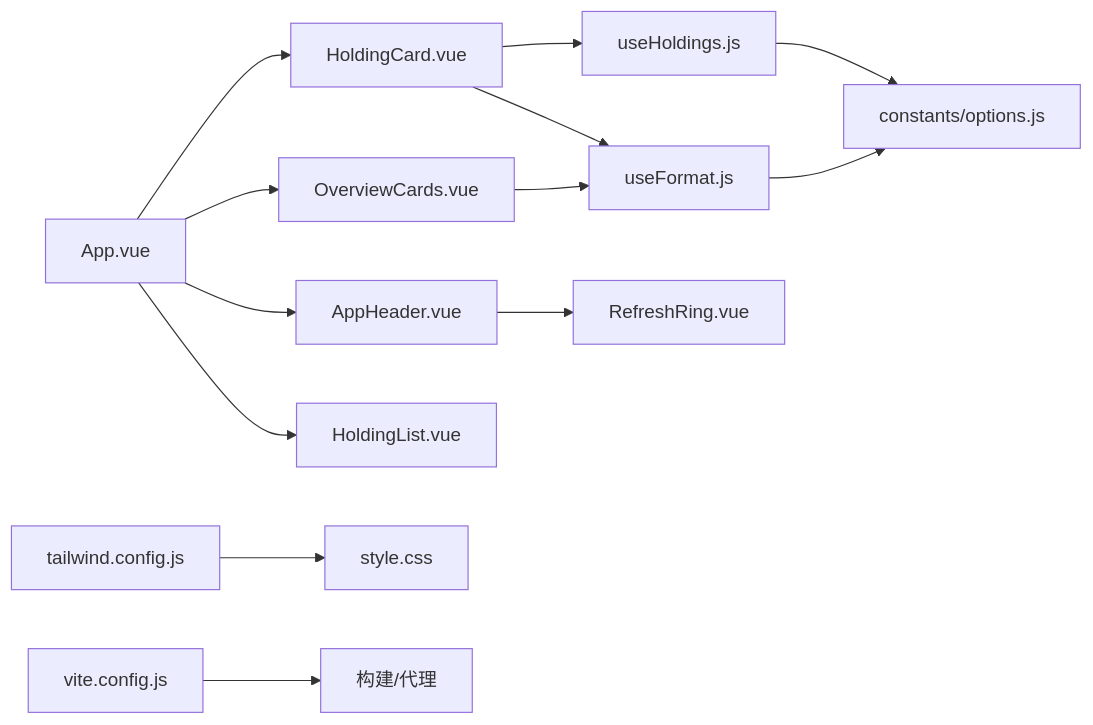
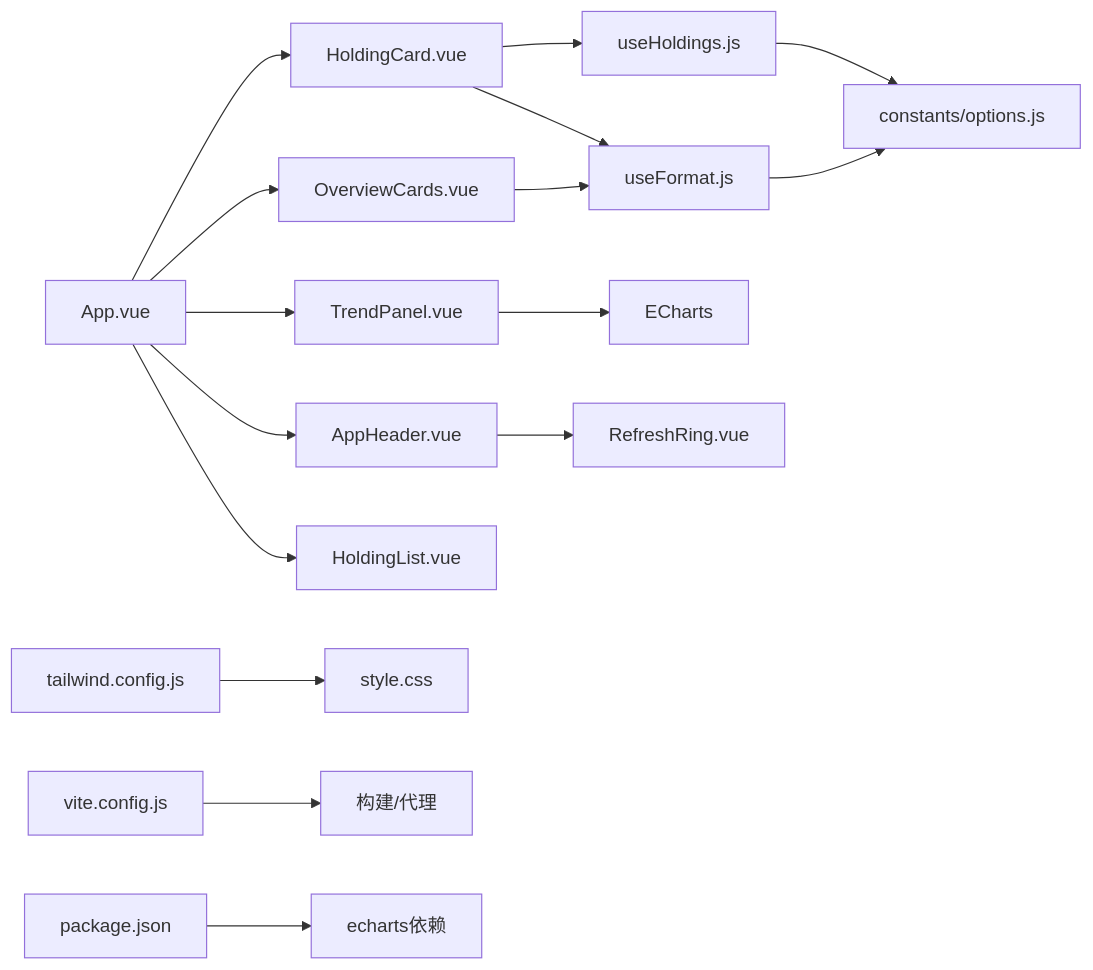
Before and after one commit to salenju/stock-advisor: the sixth of 6 diagrams in .qoder/repowiki/zh/content/前端架构/前端架构.md, drawn with Mermaid. The commit also changed other lines of this file and 45 other files, not shown here.

````diff
--- a/.qoder/repowiki/zh/content/前端架构/前端架构.md
+++ b/.qoder/repowiki/zh/content/前端架构/前端架构.md
@@ -245,15 +300,18 @@
 ```mermaid
 graph LR
 App["App.vue"] --> HC["HoldingCard.vue"]
 App --> OC["OverviewCards.vue"]
+App --> TP["TrendPanel.vue"]
 App --> AH["AppHeader.vue"]
 App --> HL["HoldingList.vue"]
 HC --> UF["useFormat.js"]
 HC --> UH["useHoldings.js"]
 OC --> UF
+TP --> EC["ECharts"]
 AH --> RR["RefreshRing.vue"]
 UH --> OPT["constants/options.js"]
 UF --> OPT
 TWC["tailwind.config.js"] --> STY["style.css"]
 VITE["vite.config.js"] --> APP["构建/代理"]
+PKG["package.json"] --> DEP["echarts依赖"]
 ```
````
